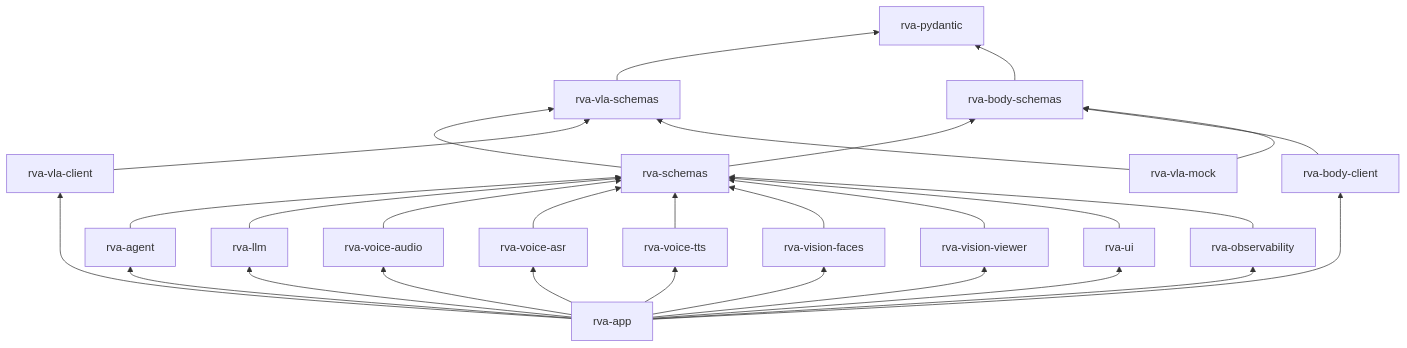
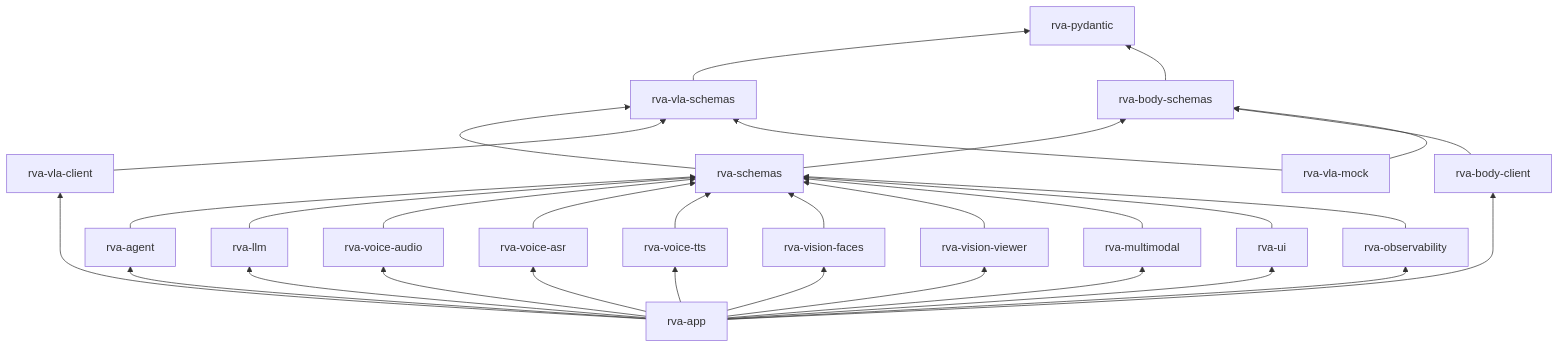
One commit to lokiledev/robot-voice-agent changed the ninth of 9 diagrams in docs/ARCHITECTURE.md. Above: the diagram before and after it, drawn with Mermaid. The commit also changed other lines of this file and 36 other files, not shown here.

````diff
--- a/docs/ARCHITECTURE.md
+++ b/docs/ARCHITECTURE.md
@@ -381,27 +401,28 @@
 ```mermaid
 flowchart BT
     PYD["rva-pydantic"]
     VLAS["rva-vla-schemas"]
     BODYS["rva-body-schemas"]
     SCH["rva-schemas"]
     VLAC["rva-vla-client"]
     BODYC["rva-body-client"]
     MOCK["rva-vla-mock"]
     AGENT["rva-agent"]
     LLM["rva-llm"]
     AUD["rva-voice-audio"]
     ASR["rva-voice-asr"]
     TTS["rva-voice-tts"]
     VIS["rva-vision-faces"]
     VIEW["rva-vision-viewer"]
+    MM["rva-multimodal"]
     UI["rva-ui"]
     OBS["rva-observability"]
     APP["rva-app"]
     VLAS & BODYS --> PYD
     SCH --> VLAS & BODYS
     VLAC --> VLAS
     BODYC --> BODYS
     MOCK --> VLAS & BODYS
-    AGENT & LLM & AUD & ASR & TTS & VIS & VIEW & UI & OBS --> SCH
-    APP --> AGENT & LLM & AUD & ASR & TTS & VIS & VIEW & UI & OBS & VLAC & BODYC
+    AGENT & LLM & AUD & ASR & TTS & VIS & VIEW & MM & UI & OBS --> SCH
+    APP --> AGENT & LLM & AUD & ASR & TTS & VIS & VIEW & MM & UI & OBS & VLAC & BODYC
 ```
````
